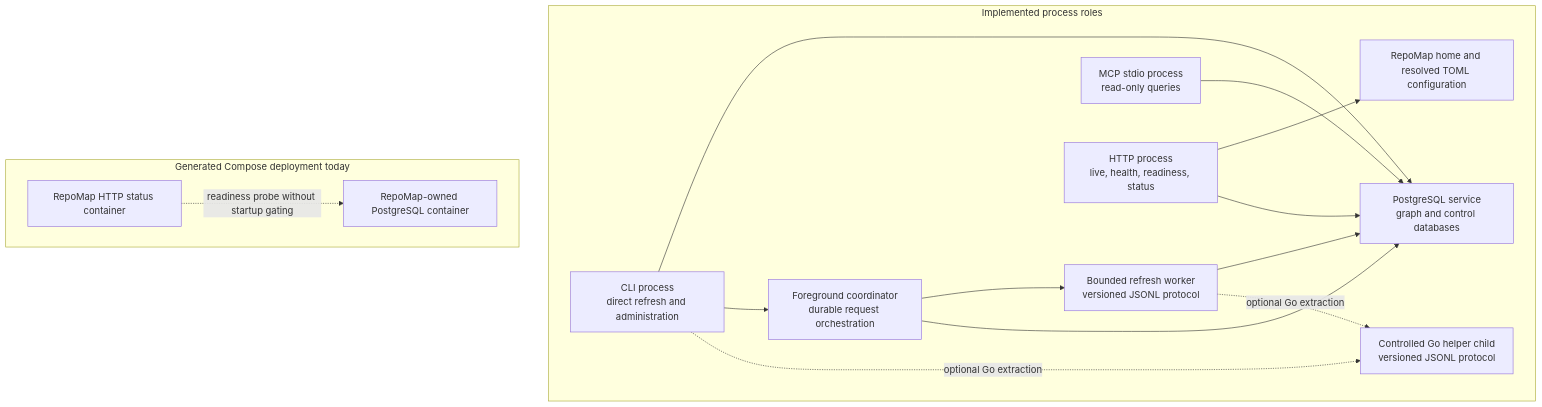
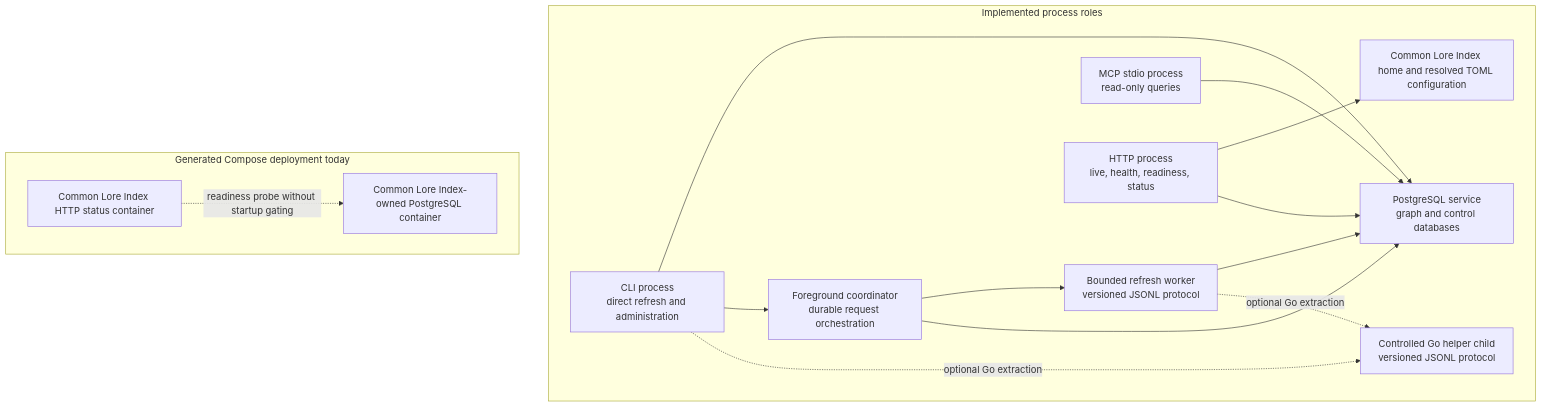
Before and after one commit to Knowledge-Forge-AI/repo-map: the second of 10 diagrams in docs/specs/as-built-architecture.md, drawn with Mermaid. The commit also changed other lines of this file and 149 other files, not shown here.

````diff
--- a/docs/specs/as-built-architecture.md
+++ b/docs/specs/as-built-architecture.md
@@ -357,28 +357,28 @@
 ```mermaid
 flowchart TB
     subgraph Available["Implemented process roles"]
         CLI["CLI process\ndirect refresh and administration"]
         COORD["Foreground coordinator\ndurable request orchestration"]
         WORKER["Bounded refresh worker\nversioned JSONL protocol"]
         MCP["MCP stdio process\nread-only queries"]
         STATUS["HTTP process\nlive, health, readiness, status"]
         GOHELP["Controlled Go helper child\nversioned JSONL protocol"]
-        CONFIG["RepoMap home and resolved TOML configuration"]
+        CONFIG["Common Lore Index home and resolved TOML configuration"]
         PG["PostgreSQL service\ngraph and control databases"]
     end
     CLI --> PG
     CLI --> COORD
     COORD --> WORKER
     COORD --> PG
     WORKER --> PG
     CLI -. "optional Go extraction" .-> GOHELP
     WORKER -. "optional Go extraction" .-> GOHELP
     MCP --> PG
     STATUS --> CONFIG
     STATUS --> PG
     subgraph Compose["Generated Compose deployment today"]
-        CSTATUS["RepoMap HTTP status container"]
-        CPG["RepoMap-owned PostgreSQL container"]
+        CSTATUS["Common Lore Index HTTP status container"]
+        CPG["Common Lore Index-owned PostgreSQL container"]
     end
     CSTATUS -. "readiness probe without startup gating" .-> CPG
 ```
````
